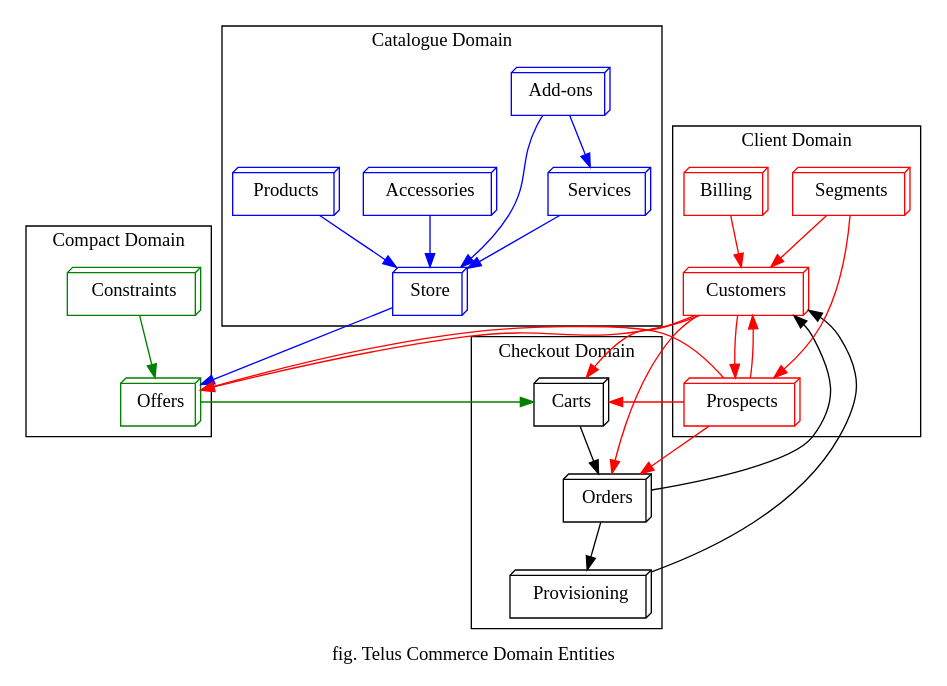
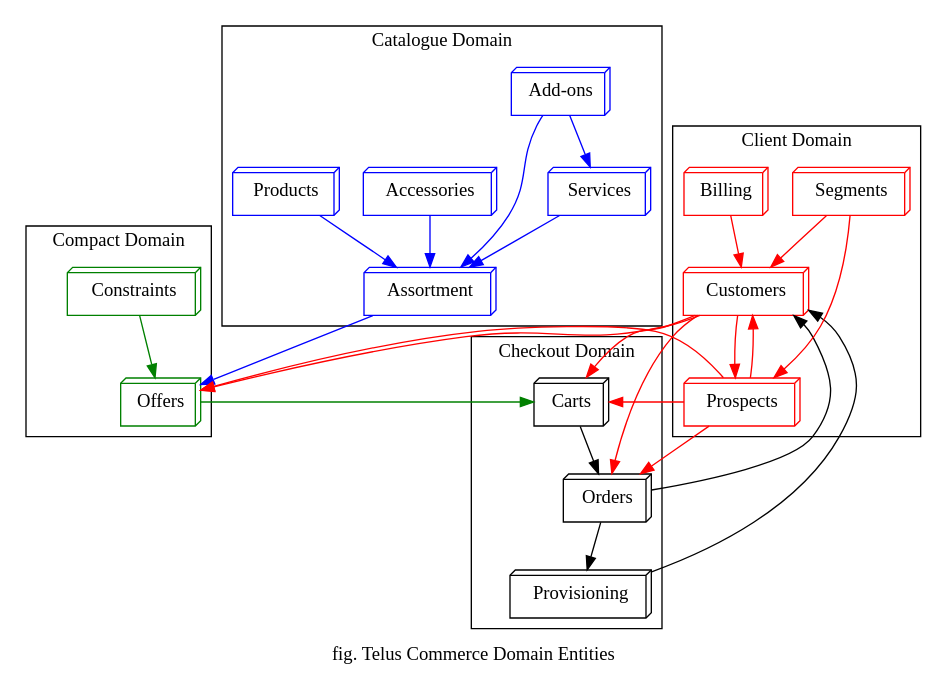
One commit to telus/api-domain-graphs changed the diagram in domain_entities.gv. Above: the diagram before and after it, drawn with Graphviz.

Commit message:
Added notes on the customer domain and renamed the Store entity to Assortment.

```diff
--- a/domain_entities.gv
+++ b/domain_entities.gv
@@ -1,88 +1,95 @@
 strict digraph graphname {
 
     label="fig. Telus Commerce Domain Entities";
     rankdir=TB;
 
     subgraph cluster_product {
         label="Catalogue Domain";
-        prod [label="Store", shape=box3d, color=blue];
+        prod [label="Assortment", shape=box3d, color=blue];
         serv [label="Services", shape=box3d, color=blue];
         add [label="Add-ons", shape=box3d, color=blue];
         acc [label="Accessories", shape=box3d, color=blue];
         prd [label="Products", shape=box3d, color=blue];
     }
 
     prd -> prod [color=blue];
     
     subgraph cluster_offers {
         label="Compact Domain";
 
         //fin  [label="Financing", shape=box3d, color=blue];
 
         rules [label="Constraints", shape=box3d, color=green];
         // Constraints include:
         // credit check
         // regions available
         // etc...
 
         offer [label="Offers", shape=box3d, color=green];
     }
 
     subgraph cluster_checkout {
         label="Checkout Domain";
         // example: pick phone number
         // provisioning config
         cart  [label="Carts",  shape=box3d];
         order [label="Orders", shape=box3d];
         prov  [label="Provisioning", shape=box3d];
         // prov.feasibility
     }
 
     order -> prov
     prov -> cust
     order -> cust
 
     /*
     session [label="Sessions", shape=box3d];
     session -> order;
     session -> cart;
     /**/
     
     subgraph cluster_consumer {
         label="Client Domain"
         cust[label="Customers",shape=box3d, color=red];
         not_cust[label="Prospects",shape=box3d, color=red];
+        // Party?
+        // Identity?
+        // Organization?
+        // Qualified?
+        // Unqualified?
+        // Commercial/Consumer?
+        // 
         seg [label="Segments", shape=box3d, color=red];
         bill [label="Billing", shape=box3d, color=red];
         // authenticated state? <- cust or not_cust -- unauthenticated users are essentially prospects
         // credit check state? <- cust and not_cust -- works for both, and has one for HS and one for MOB.
     }
     
     not_cust -> cust [color=red];
     cust -> not_cust [color=red];
     seg -> cust [color=red];
     seg -> not_cust [color=red];
     bill -> cust [color=red];
 
     rules -> offer [color=green];
     //rules -> serv [color=green];
 
     prod -> offer [color=blue];
     serv -> prod [color=blue];
     //fin -> offer [color=blue];
     acc -> prod [color=blue];
     add -> serv [color=blue];
     add -> prod [color=blue];
 
     offer -> cart [color=green];
 
     cart -> order;
 
     cust -> offer [color=red];
     cust -> cart [color=red];
     cust -> order [color=red];
 
     not_cust -> offer [color=red];
     not_cust -> cart [color=red];
     not_cust -> order [color=red];
 }
```
